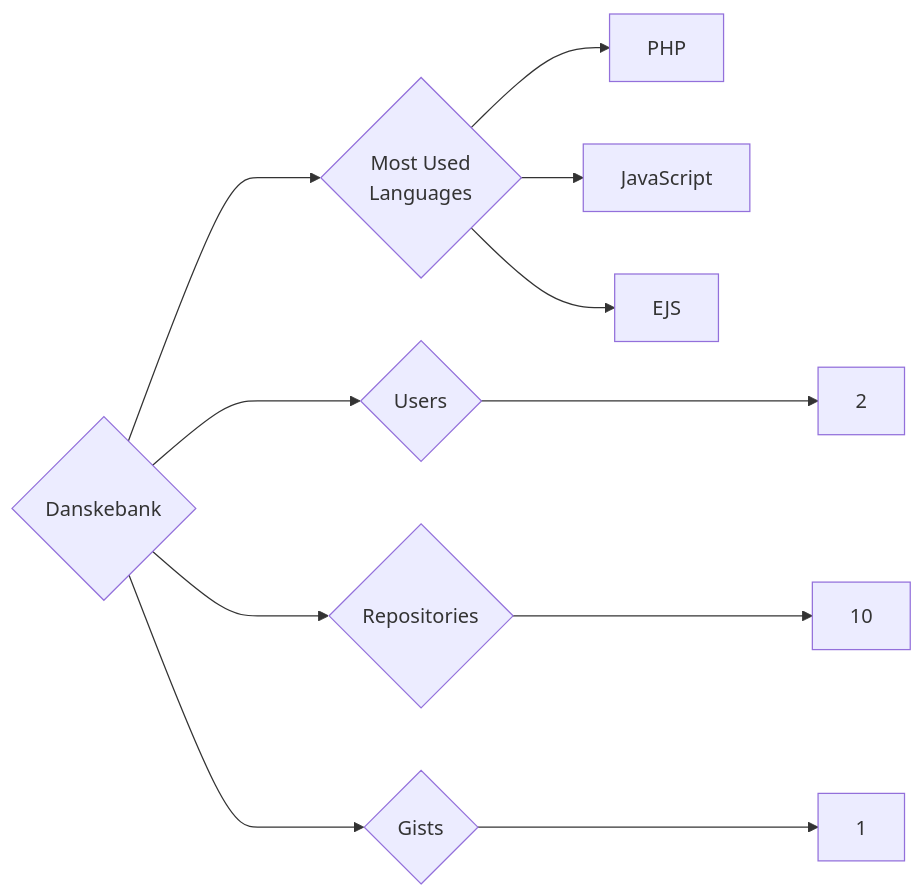
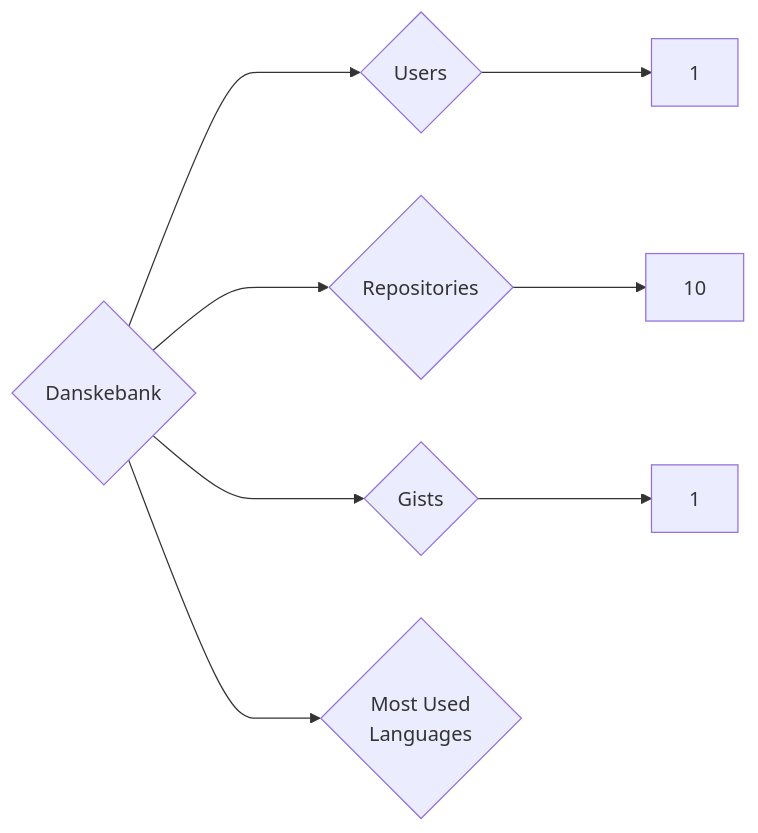
The diagram in targets/Danskebank/README.md (trickest/insiders), drawn with Mermaid before and after one commit. The commit also changed 776 other files, not shown here.

````diff
--- a/targets/Danskebank/README.md
+++ b/targets/Danskebank/README.md
@@ -3,11 +3,8 @@
 ```mermaid
 graph LR
 COMPANY_NAME{Danskebank}
-COMPANY_NAME ---> U{Users} ---> UN[2]
+COMPANY_NAME ---> U{Users} ---> UN[1]
 COMPANY_NAME ---> R{Repositories} ---> RN[10]
 COMPANY_NAME ---> G{Gists} ---> GN[1]
 COMPANY_NAME ---> ML{Most Used<br>Languages}
-ML --> PHP[PHP]
-ML --> JavaScript[JavaScript]
-ML --> EJS[EJS]
 ```
````
